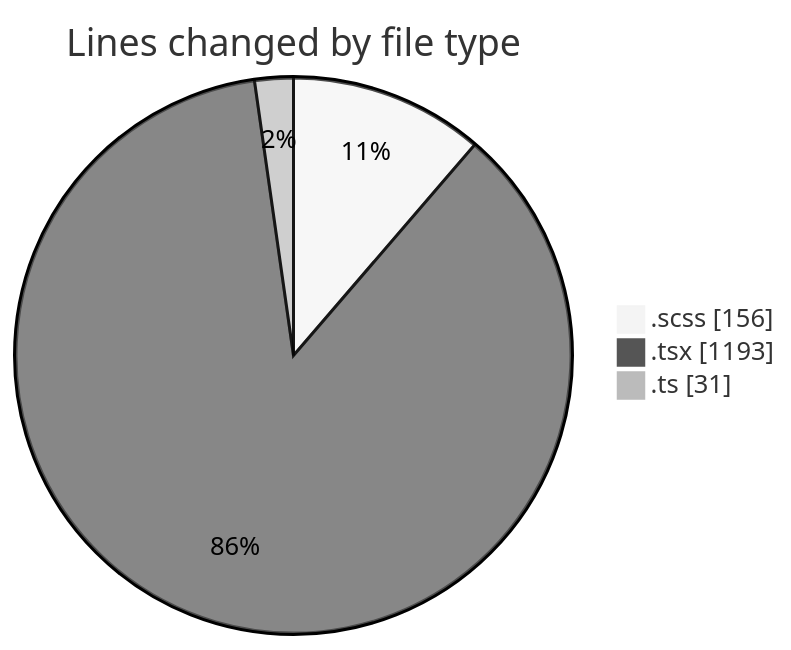
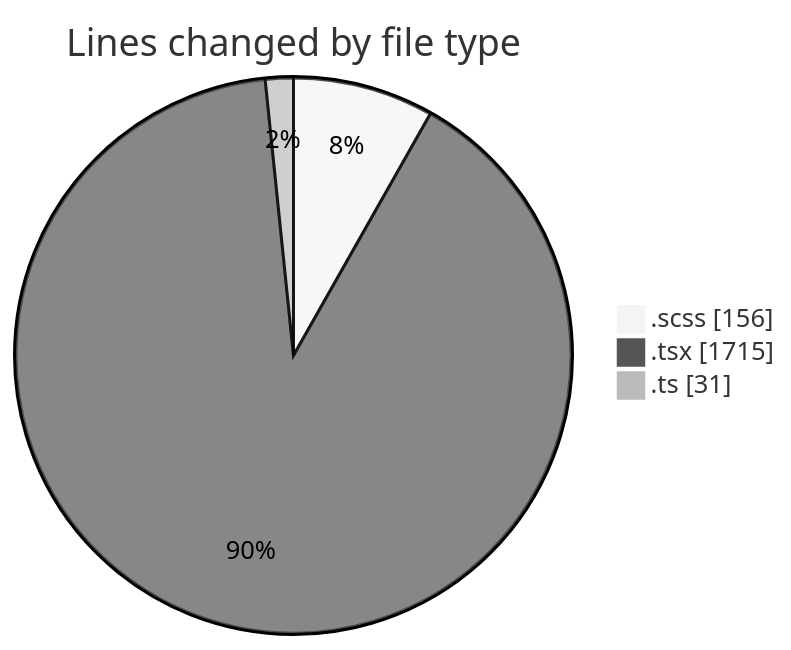
The first of 2 diagrams in 2025-02-10/cda/README.md (momahboobian/code-tracking), drawn with Mermaid (neutral theme) before and after one commit. The commit also changed other lines of this file and 1 other file, not shown here.

````diff
--- a/2025-02-10/cda/README.md
+++ b/2025-02-10/cda/README.md
@@ -25,7 +25,7 @@
 ```mermaid
 pie showData
 title Lines changed by file type
 ".scss" : 156
-".tsx" : 1193
+".tsx" : 1715
 ".ts" : 31
 ```
````
